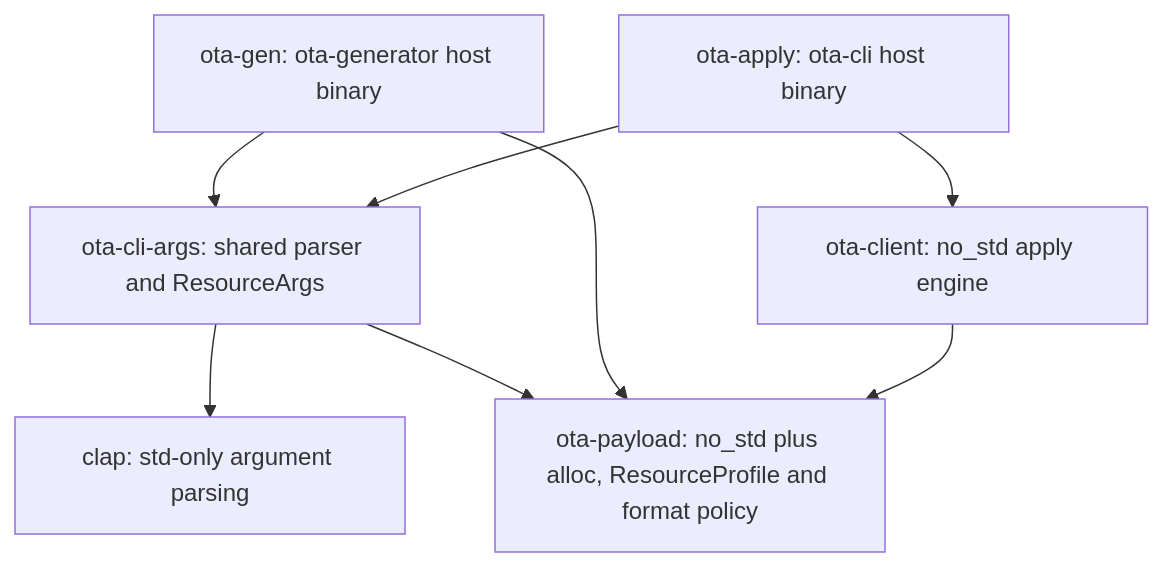
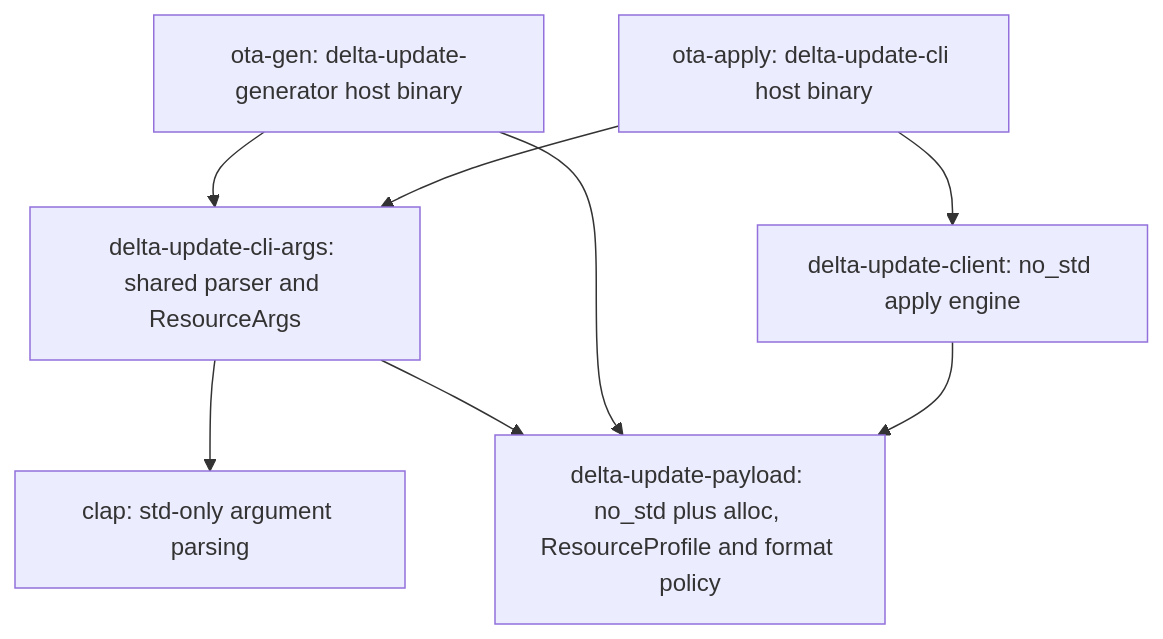
Before and after one commit to thives/delta-update.rs: the third of 3 diagrams in docs/image-geometry-and-cli.md, drawn with Mermaid. The commit also changed other lines of this file and 228 other files, not shown here.

````diff
--- a/docs/image-geometry-and-cli.md
+++ b/docs/image-geometry-and-cli.md
@@ -165,10 +165,10 @@
 ```mermaid
 flowchart TD
-    G[ota-gen: ota-generator host binary] --> A[ota-cli-args: shared parser and ResourceArgs]
-    C[ota-apply: ota-cli host binary] --> A
+    G[ota-gen: delta-update-generator host binary] --> A[delta-update-cli-args: shared parser and ResourceArgs]
+    C[ota-apply: delta-update-cli host binary] --> A
     A --> CL[clap: std-only argument parsing]
-    A --> P[ota-payload: no_std plus alloc, ResourceProfile and format policy]
+    A --> P[delta-update-payload: no_std plus alloc, ResourceProfile and format policy]
     G --> P
-    C --> E[ota-client: no_std apply engine]
+    C --> E[delta-update-client: no_std apply engine]
     E --> P
 ```
````
